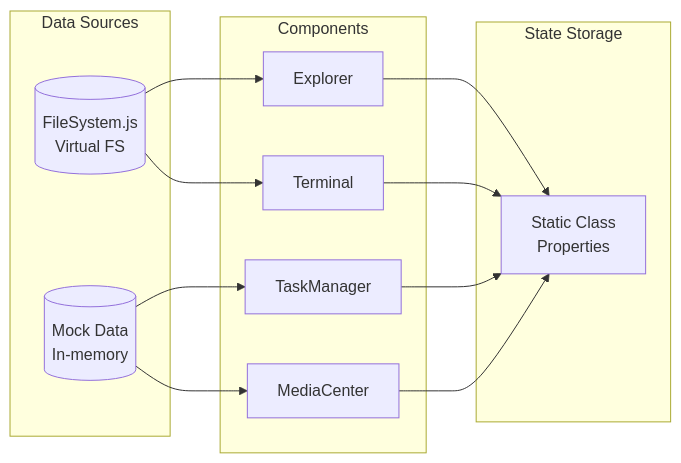
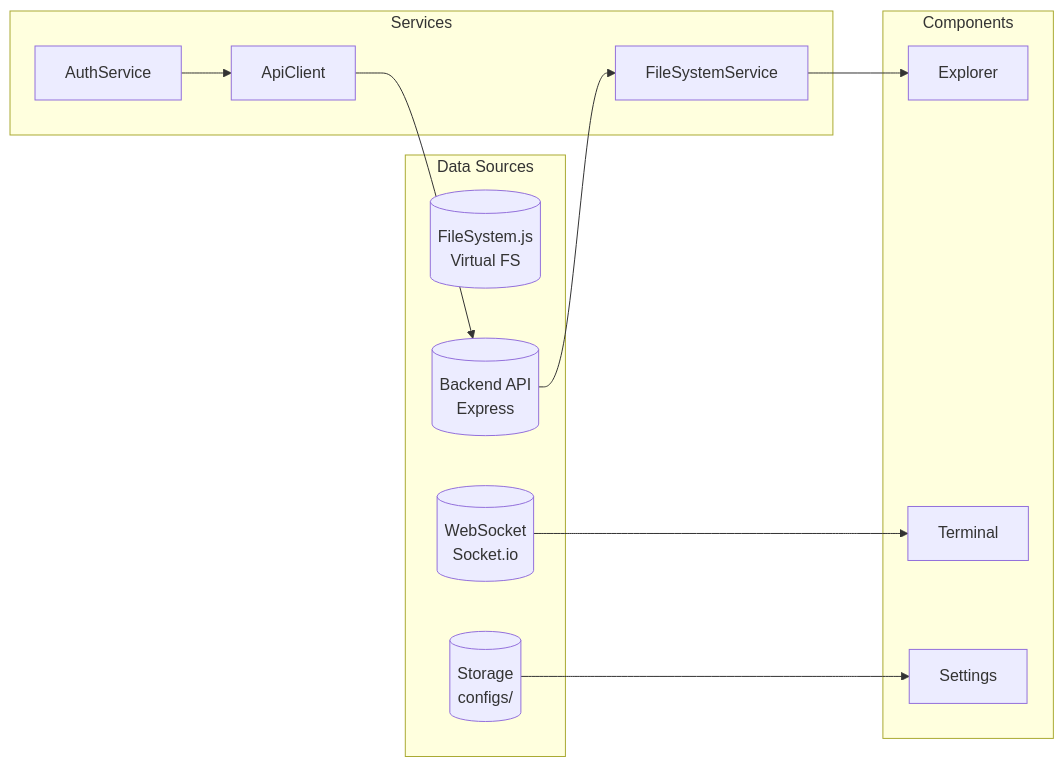
The second of 5 diagrams in Technical_Analysis.md (Damarcreative/LUI), drawn with Mermaid before and after one commit. The commit also changed other lines of this file, not shown here.

````diff
--- a/Technical_Analysis.md
+++ b/Technical_Analysis.md
@@ -507,25 +547,29 @@
 ```mermaid
 flowchart LR
     subgraph "Data Sources"
         FS[(FileSystem.js<br/>Virtual FS)]
-        MOCK[(Mock Data<br/>In-memory)]
+        API[(Backend API<br/>Express)]
+        WS[(WebSocket<br/>Socket.io)]
+        STR[(Storage<br/>configs/)]
+    end
+    
+    subgraph "Services"
+        FSS[FileSystemService]
+        AUTH[AuthService]
+        APIC[ApiClient]
     end
     
     subgraph "Components"
         EXP[Explorer]
         TRM[Terminal]
-        TM[TaskManager]
-        MC[MediaCenter]
+        SET[Settings]
     end
     
-    FS --> EXP
-    FS --> TRM
-    MOCK --> TM
-    MOCK --> MC
+    FSS --> EXP
+    API --> FSS
+    WS --> TRM
+    STR --> SET
     
-    subgraph "State Storage"
-        SM[Static Class<br/>Properties]
-    end
-    
-    EXP & TRM & TM & MC --> SM
+    AUTH --> APIC
+    APIC --> API
 ```
````
